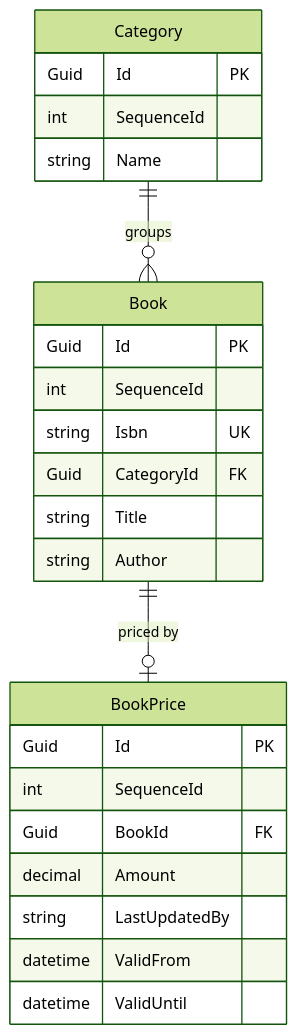
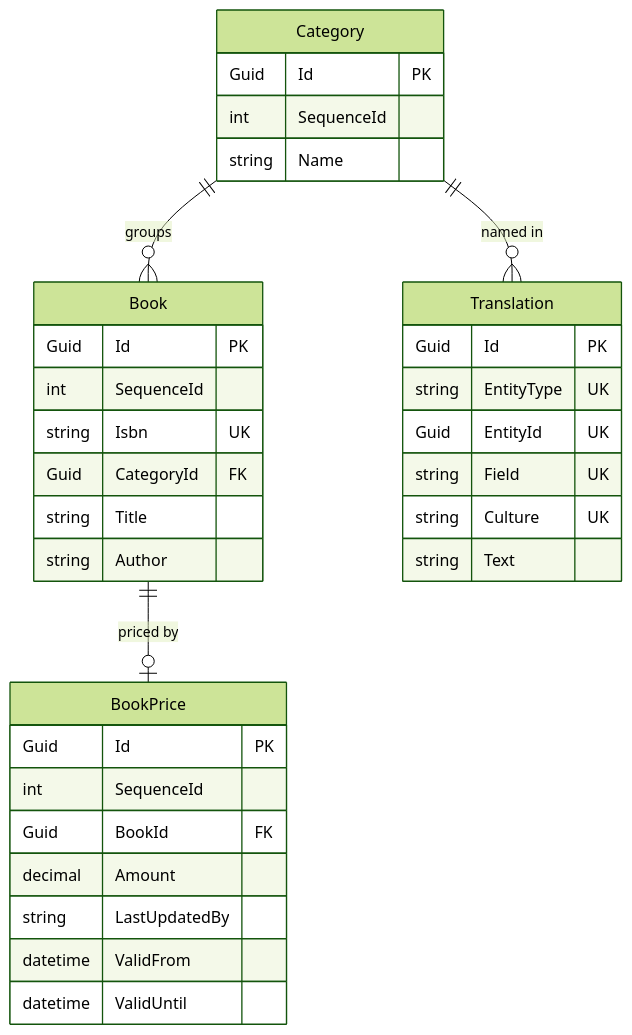
One commit to gmarginet/CleanArchitectureToolkit changed the first of 4 diagrams in demo/README.md. Above: the diagram before and after it, drawn with Mermaid (forest theme). The commit also changed other lines of this file, not shown here.

````diff
--- a/demo/README.md
+++ b/demo/README.md
@@ -608,28 +619,37 @@
 ```mermaid
 erDiagram
     Category ||--o{ Book : groups
+    Category ||--o{ Translation : "named in"
     Book ||--o| BookPrice : "priced by"
 
     Category {
         Guid Id PK
         int SequenceId
         string Name
+    }
+    Translation {
+        Guid Id PK
+        string EntityType UK
+        Guid EntityId UK
+        string Field UK
+        string Culture UK
+        string Text
     }
     Book {
         Guid Id PK
         int SequenceId
         string Isbn UK
         Guid CategoryId FK
         string Title
         string Author
     }
     BookPrice {
         Guid Id PK
         int SequenceId
         Guid BookId FK
         decimal Amount
         string LastUpdatedBy
         datetime ValidFrom
         datetime ValidUntil
     }
 ```
````
